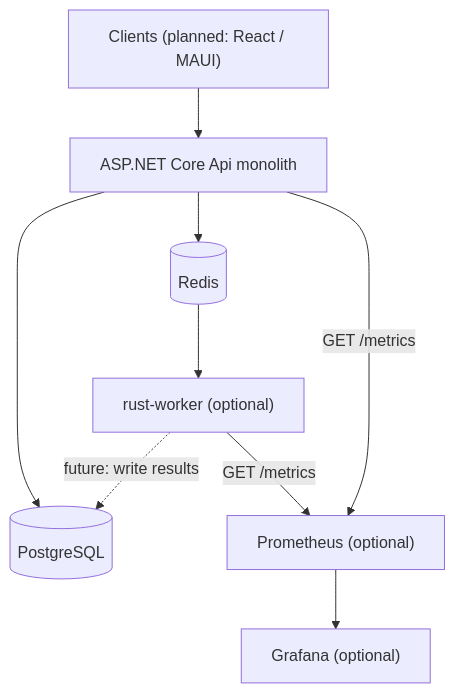
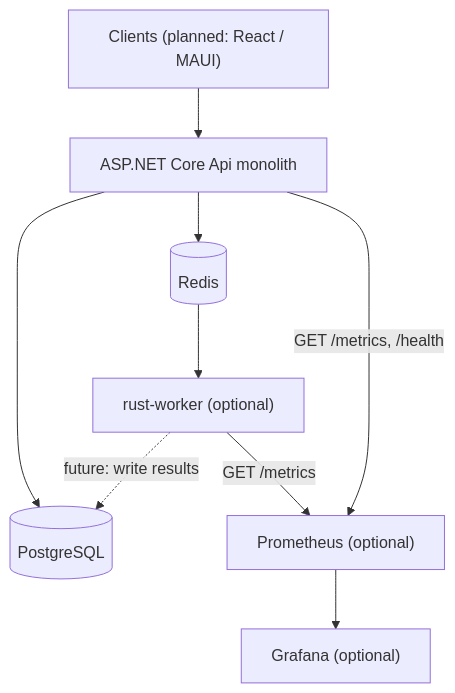
One commit to Atsilut/Tangle-study changed the first of 2 diagrams in docs/ARCHITECTURE.md. Above: the diagram before and after it, drawn with Mermaid. The commit also changed other lines of this file and 6 other files, not shown here.

````diff
--- a/docs/ARCHITECTURE.md
+++ b/docs/ARCHITECTURE.md
@@ -13,19 +13,19 @@
 ```mermaid
 flowchart TB
   Clients["Clients (planned: React / MAUI)"]
   API["ASP.NET Core Api monolith"]
   PG[(PostgreSQL)]
   Redis[(Redis)]
   Worker["rust-worker (optional)"]
   Prom["Prometheus (optional)"]
   Graf["Grafana (optional)"]
 
   Clients --> API
   API --> PG
   API --> Redis
   Redis --> Worker
   Worker -.->|"future: write results"| PG
-  API -->|"GET /metrics"| Prom
+  API -->|"GET /metrics, /health"| Prom
   Worker -->|"GET /metrics"| Prom
   Prom --> Graf
 ```
````
